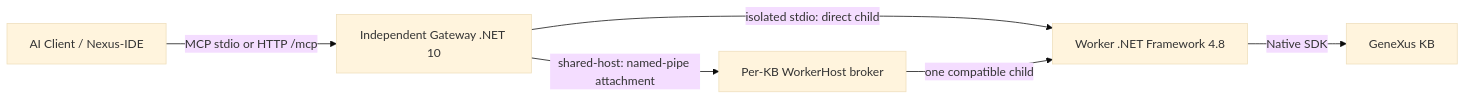
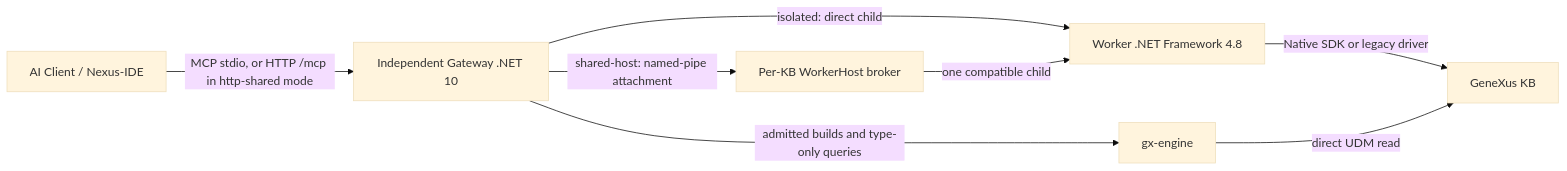
The diagram in README.md (antoniojosedev/FBgx18MCP), drawn with Mermaid (base theme) before and after one commit. The commit also changed other lines of this file and 1 other file, not shown here.

````diff
--- a/README.md
+++ b/README.md
@@ -842,8 +761,10 @@
 ```mermaid
 graph LR
-    A[AI Client / Nexus-IDE] -->|MCP stdio or HTTP /mcp| B[Independent Gateway .NET 10]
-    B -->|isolated stdio: direct child| C[Worker .NET Framework 4.8]
+    A[AI Client / Nexus-IDE] -->|MCP stdio, or HTTP /mcp in http-shared mode| B[Independent Gateway .NET 10]
+    B -->|isolated: direct child| C[Worker .NET Framework 4.8]
     B -->|shared-host: named-pipe attachment| H[Per-KB WorkerHost broker]
     H -->|one compatible child| C
-    C -->|Native SDK| D[GeneXus KB]
+    C -->|Native SDK or legacy driver| D[GeneXus KB]
+    B -->|admitted builds and type-only queries| E[gx-engine]
+    E -->|direct UDM read| D
 ```
````
